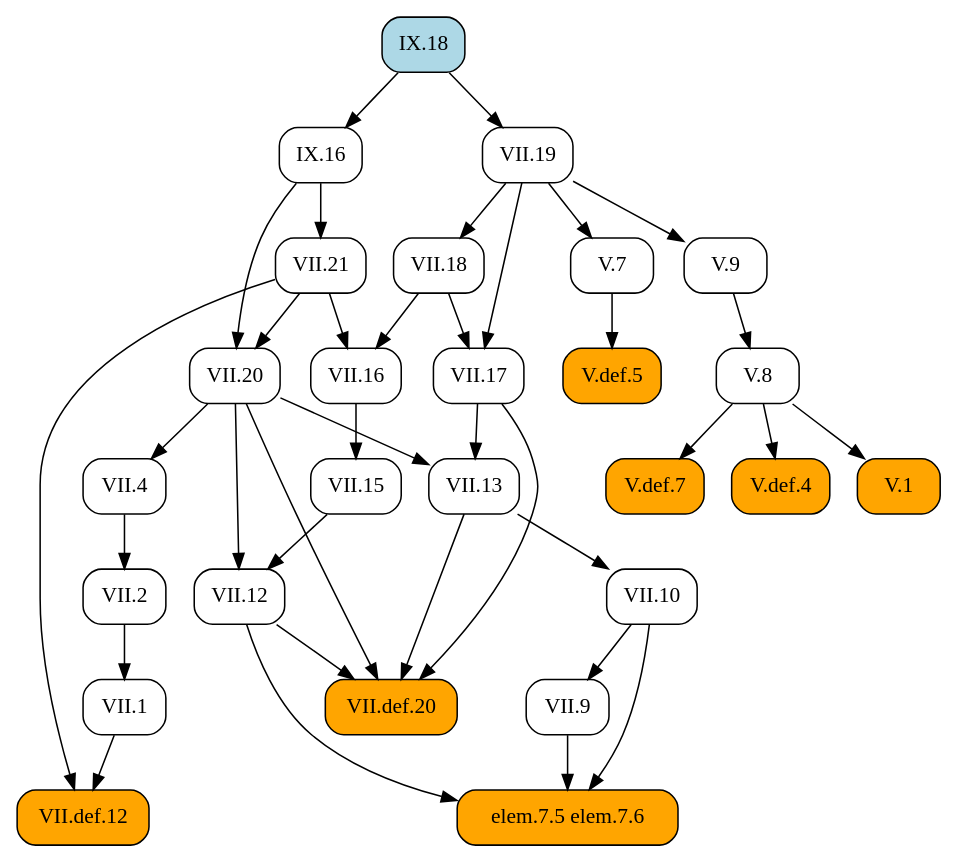
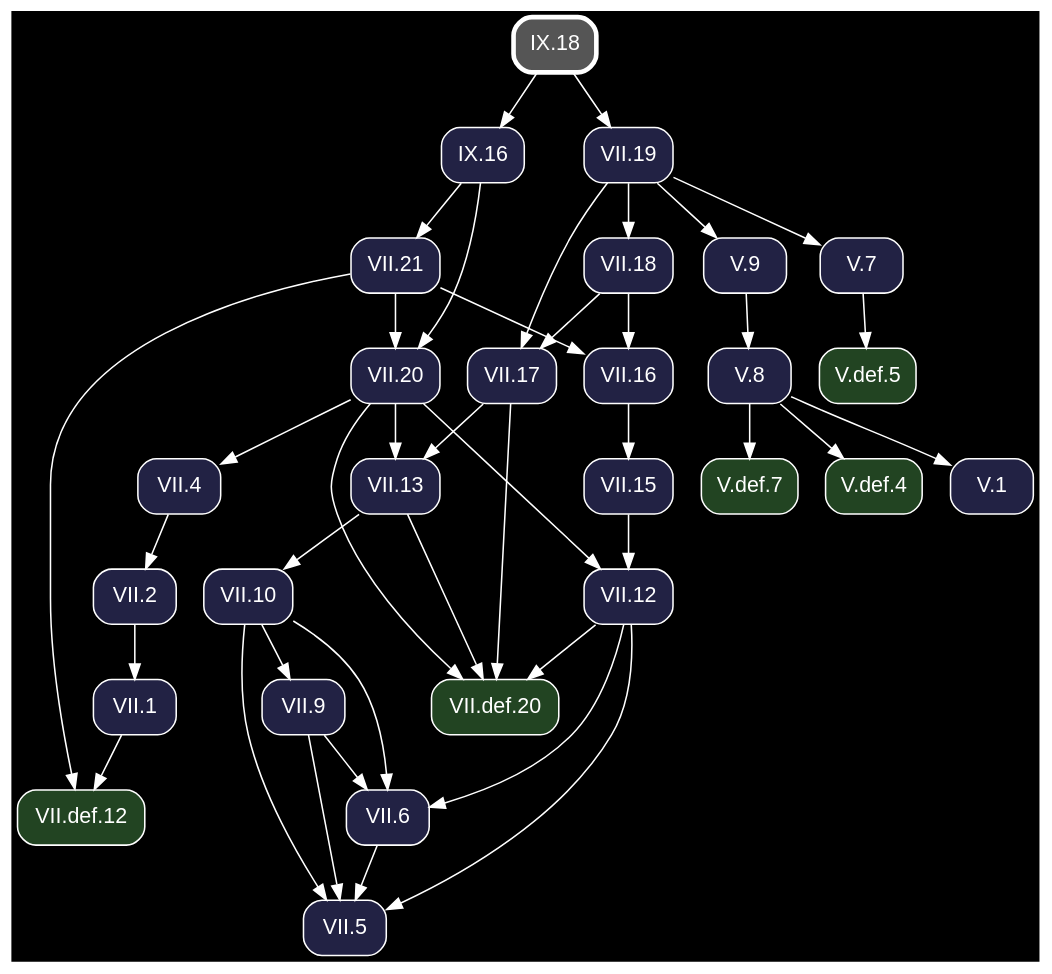
The diagram in docsrc/heath/IX/18/index.rst (geometor/elements), drawn with Graphviz before and after one commit. The commit also changed other lines of this file and 1200 other files, not shown here.

Commit message:
update dependency graphs

```diff
--- a/docsrc/heath/IX/18/index.rst
+++ b/docsrc/heath/IX/18/index.rst
@@ -52,68 +52,75 @@
 .. graphviz::
 
    digraph {
+     bgcolor="black";
+     node [shape=box, style="rounded,filled", fontname="Helvetica", color="white", fontcolor="white"];
+     edge [color="white", fontcolor="white"];
      rankdir="TB";
-     node [shape=box, style=rounded];
-     "VII.12" [URL="/heath/VII/12/", target="_top"];
-     "elem.7.5 elem.7.6" [style="rounded,filled", fillcolor=orange];
-     "V.def.7" [style="rounded,filled", fillcolor=orange, URL="/heath/V/def.7/", target="_top"];
-     "VII.9" [URL="/heath/VII/9/", target="_top"];
-     "IX.18" [style="rounded,filled", fillcolor=lightblue, URL="/heath/IX/18/", target="_top"];
-     "VII.18" [URL="/heath/VII/18/", target="_top"];
-     "VII.16" [URL="/heath/VII/16/", target="_top"];
-     "V.7" [URL="/heath/V/7/", target="_top"];
-     "VII.21" [URL="/heath/VII/21/", target="_top"];
-     "IX.16" [URL="/heath/IX/16/", target="_top"];
-     "V.def.5" [style="rounded,filled", fillcolor=orange, URL="/heath/V/def.5/", target="_top"];
-     "V.def.4" [style="rounded,filled", fillcolor=orange, URL="/heath/V/def.4/", target="_top"];
-     "V.9" [URL="/heath/V/9/", target="_top"];
-     "VII.1" [URL="/heath/VII/1/", target="_top"];
-     "VII.10" [URL="/heath/VII/10/", target="_top"];
-     "V.8" [URL="/heath/V/8/", target="_top"];
-     "VII.13" [URL="/heath/VII/13/", target="_top"];
-     "VII.4" [URL="/heath/VII/4/", target="_top"];
-     "VII.def.12" [style="rounded,filled", fillcolor=orange, URL="/heath/VII/def.12/", target="_top"];
-     "VII.20" [URL="/heath/VII/20/", target="_top"];
-     "V.1" [style="rounded,filled", fillcolor=orange, URL="/heath/V/1/", target="_top"];
-     "VII.17" [URL="/heath/VII/17/", target="_top"];
-     "VII.19" [URL="/heath/VII/19/", target="_top"];
-     "VII.2" [URL="/heath/VII/2/", target="_top"];
-     "VII.def.20" [style="rounded,filled", fillcolor=orange, URL="/heath/VII/def.20/", target="_top"];
-     "VII.15" [URL="/heath/VII/15/", target="_top"];
-     "VII.15" -> "VII.12";
-     "VII.20" -> "VII.12";
-     "VII.9" -> "elem.7.5 elem.7.6";
-     "VII.10" -> "elem.7.5 elem.7.6";
-     "VII.12" -> "elem.7.5 elem.7.6";
+     "V.def.5" [fillcolor="#224422", URL="/heath/V/def.5/", target="_top"];
+     "V.def.7" [fillcolor="#224422", URL="/heath/V/def.7/", target="_top"];
+     "VII.20" [fillcolor="#222244", URL="/heath/VII/20/", target="_top"];
+     "VII.18" [fillcolor="#222244", URL="/heath/VII/18/", target="_top"];
+     "VII.2" [fillcolor="#222244", URL="/heath/VII/2/", target="_top"];
+     "V.def.4" [fillcolor="#224422", URL="/heath/V/def.4/", target="_top"];
+     "VII.5" [fillcolor="#222244", URL="/heath/VII/5/", target="_top"];
+     "VII.def.20" [fillcolor="#224422", URL="/heath/VII/def.20/", target="_top"];
+     "IX.16" [fillcolor="#222244", URL="/heath/IX/16/", target="_top"];
+     "VII.1" [fillcolor="#222244", URL="/heath/VII/1/", target="_top"];
+     "VII.6" [fillcolor="#222244", URL="/heath/VII/6/", target="_top"];
+     "VII.16" [fillcolor="#222244", URL="/heath/VII/16/", target="_top"];
+     "VII.15" [fillcolor="#222244", URL="/heath/VII/15/", target="_top"];
+     "VII.13" [fillcolor="#222244", URL="/heath/VII/13/", target="_top"];
+     "V.1" [fillcolor="#222244", URL="/heath/V/1/", target="_top"];
+     "VII.10" [fillcolor="#222244", URL="/heath/VII/10/", target="_top"];
+     "VII.4" [fillcolor="#222244", URL="/heath/VII/4/", target="_top"];
+     "VII.def.12" [fillcolor="#224422", URL="/heath/VII/def.12/", target="_top"];
+     "VII.19" [fillcolor="#222244", URL="/heath/VII/19/", target="_top"];
+     "V.8" [fillcolor="#222244", URL="/heath/V/8/", target="_top"];
+     "IX.18" [penwidth=3, color="white", fillcolor="#555555", URL="/heath/IX/18/", target="_top"];
+     "VII.21" [fillcolor="#222244", URL="/heath/VII/21/", target="_top"];
+     "VII.9" [fillcolor="#222244", URL="/heath/VII/9/", target="_top"];
+     "V.7" [fillcolor="#222244", URL="/heath/V/7/", target="_top"];
+     "VII.12" [fillcolor="#222244", URL="/heath/VII/12/", target="_top"];
+     "V.9" [fillcolor="#222244", URL="/heath/V/9/", target="_top"];
+     "VII.17" [fillcolor="#222244", URL="/heath/VII/17/", target="_top"];
+     "V.7" -> "V.def.5";
      "V.8" -> "V.def.7";
-     "VII.10" -> "VII.9";
-     "VII.19" -> "VII.18";
-     "VII.18" -> "VII.16";
-     "VII.21" -> "VII.16";
-     "VII.19" -> "V.7";
-     "IX.16" -> "VII.21";
-     "IX.18" -> "IX.16";
-     "V.7" -> "V.def.5";
-     "V.8" -> "V.def.4";
-     "VII.19" -> "V.9";
-     "VII.2" -> "VII.1";
-     "VII.13" -> "VII.10";
-     "V.9" -> "V.8";
-     "VII.17" -> "VII.13";
-     "VII.20" -> "VII.13";
-     "VII.20" -> "VII.4";
-     "VII.1" -> "VII.def.12";
-     "VII.21" -> "VII.def.12";
      "VII.21" -> "VII.20";
      "IX.16" -> "VII.20";
-     "V.8" -> "V.1";
-     "VII.18" -> "VII.17";
-     "VII.19" -> "VII.17";
-     "IX.18" -> "VII.19";
+     "VII.19" -> "VII.18";
      "VII.4" -> "VII.2";
+     "V.8" -> "V.def.4";
+     "VII.6" -> "VII.5";
+     "VII.9" -> "VII.5";
+     "VII.10" -> "VII.5";
+     "VII.12" -> "VII.5";
      "VII.12" -> "VII.def.20";
      "VII.13" -> "VII.def.20";
      "VII.17" -> "VII.def.20";
      "VII.20" -> "VII.def.20";
+     "IX.18" -> "IX.16";
+     "VII.2" -> "VII.1";
+     "VII.9" -> "VII.6";
+     "VII.10" -> "VII.6";
+     "VII.12" -> "VII.6";
+     "VII.18" -> "VII.16";
+     "VII.21" -> "VII.16";
      "VII.16" -> "VII.15";
+     "VII.17" -> "VII.13";
+     "VII.20" -> "VII.13";
+     "V.8" -> "V.1";
+     "VII.13" -> "VII.10";
+     "VII.20" -> "VII.4";
+     "VII.1" -> "VII.def.12";
+     "VII.21" -> "VII.def.12";
+     "IX.18" -> "VII.19";
+     "V.9" -> "V.8";
+     "IX.16" -> "VII.21";
+     "VII.10" -> "VII.9";
+     "VII.19" -> "V.7";
+     "VII.15" -> "VII.12";
+     "VII.20" -> "VII.12";
+     "VII.19" -> "V.9";
+     "VII.18" -> "VII.17";
+     "VII.19" -> "VII.17";
    }
```
